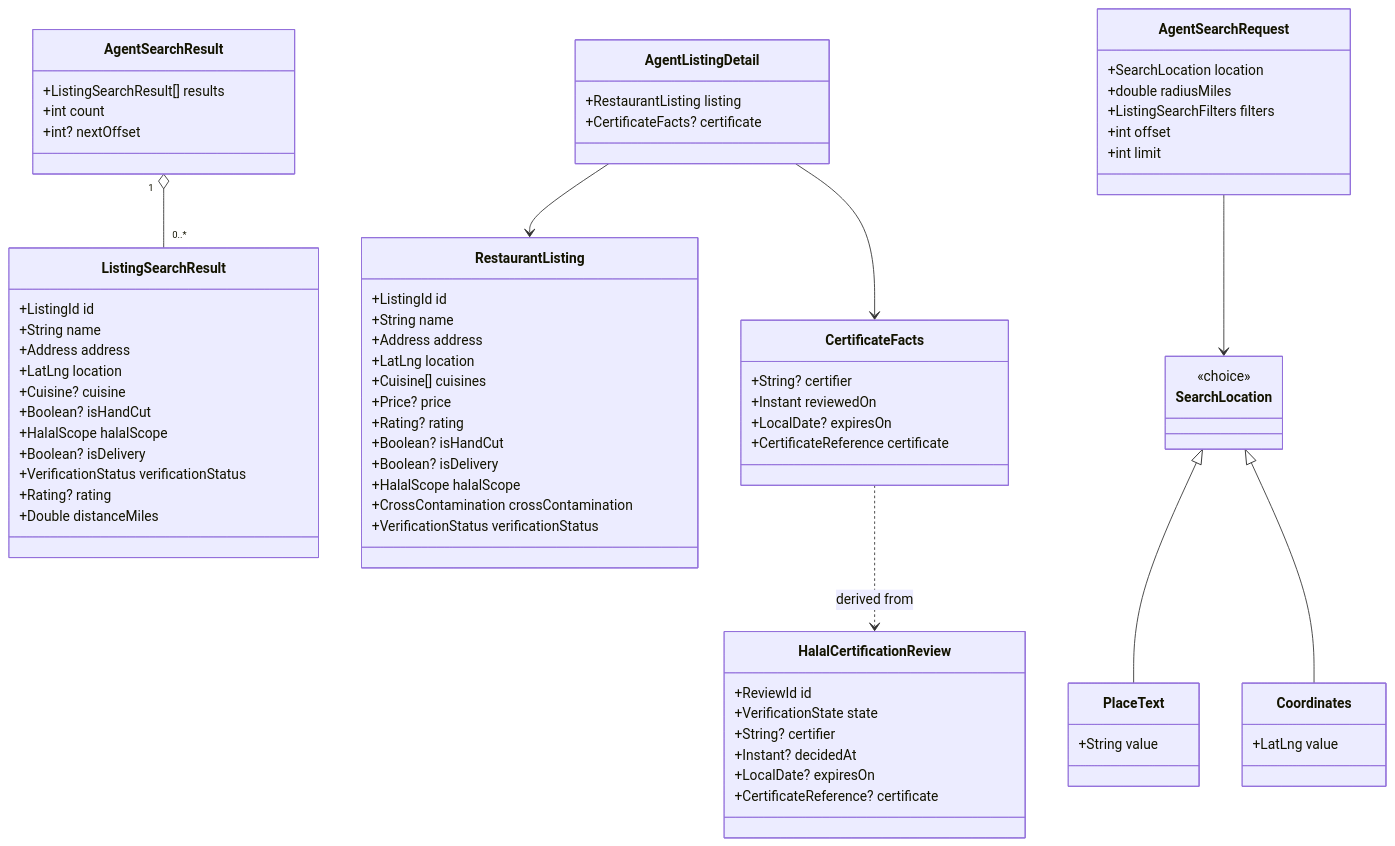
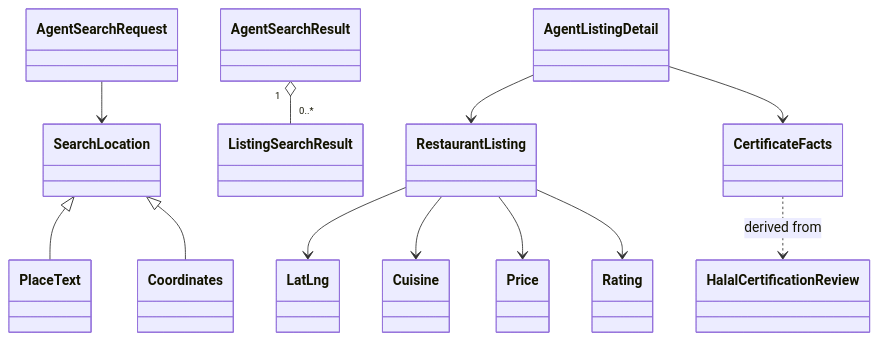
Before and after one commit to Losers-Lab/tahirs-list: the second of 5 diagrams in docs/features/SC-209/05-class-diagram-system.md, drawn with Mermaid. The commit also changed other lines of this file and 10 other files, not shown here.

Commit message:
[SC-209] Retrofit design to diagram-first standard

````diff
--- a/docs/features/SC-209/05-class-diagram-system.md
+++ b/docs/features/SC-209/05-class-diagram-system.md
@@ -48,79 +27,19 @@
 ```mermaid
 classDiagram
-    class RestaurantListing {
-        +ListingId id
-        +String name
-        +Address address
-        +LatLng location
-        +Cuisine[] cuisines
-        +Price? price
-        +Rating? rating
-        +Boolean? isHandCut
-        +Boolean? isDelivery
-        +HalalScope halalScope
-        +CrossContamination crossContamination
-        +VerificationStatus verificationStatus
-    }
-
-    class ListingSearchResult {
-        +ListingId id
-        +String name
-        +Address address
-        +LatLng location
-        +Cuisine? cuisine
-        +Boolean? isHandCut
-        +HalalScope halalScope
-        +Boolean? isDelivery
-        +VerificationStatus verificationStatus
-        +Rating? rating
-        +Double distanceMiles
-    }
-
-    class HalalCertificationReview {
-        +ReviewId id
-        +VerificationState state
-        +String? certifier
-        +Instant? decidedAt
-        +LocalDate? expiresOn
-        +CertificateReference? certificate
-    }
-
-    class SearchLocation {
-        <<choice>>
-    }
-    class PlaceText {
-        +String value
-    }
-    class Coordinates {
-        +LatLng value
-    }
-
-    class AgentSearchRequest {
-        +SearchLocation location
-        +double radiusMiles
-        +ListingSearchFilters filters
-        +int offset
-        +int limit
-    }
-
-    class AgentSearchResult {
-        +ListingSearchResult[] results
-        +int count
-        +int? nextOffset
-    }
-
-    class AgentListingDetail {
-        +RestaurantListing listing
-        +CertificateFacts? certificate
-    }
-
-    class CertificateFacts {
-        +String? certifier
-        +Instant reviewedOn
-        +LocalDate? expiresOn
-        +CertificateReference certificate
-    }
-
+    class RestaurantListing
+    class ListingSearchResult
+    class HalalCertificationReview
+    class LatLng
+    class Cuisine
+    class Price
+    class Rating
+    class AgentSearchRequest
+    class AgentSearchResult
+    class AgentListingDetail
+    class CertificateFacts
+    class SearchLocation
+    class PlaceText
+    class Coordinates
     SearchLocation <|-- PlaceText
     SearchLocation <|-- Coordinates
     AgentSearchRequest --> SearchLocation
@@ -128,4 +47,8 @@
     AgentListingDetail --> RestaurantListing
     AgentListingDetail --> CertificateFacts
     CertificateFacts ..> HalalCertificationReview : derived from
+    RestaurantListing --> LatLng
+    RestaurantListing --> Cuisine
+    RestaurantListing --> Price
+    RestaurantListing --> Rating
 ```
````
